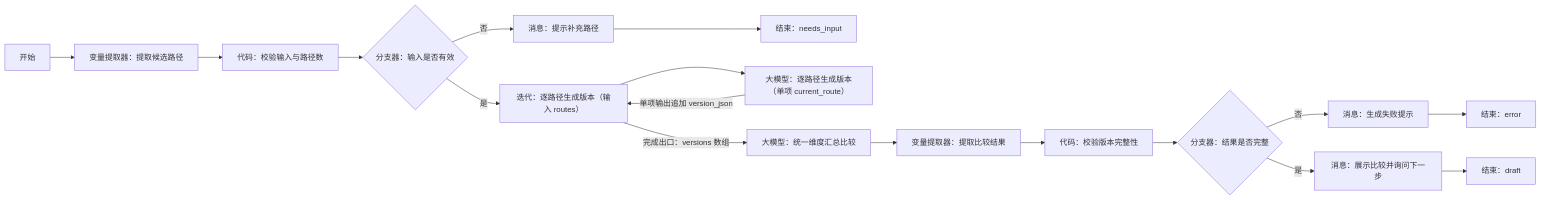
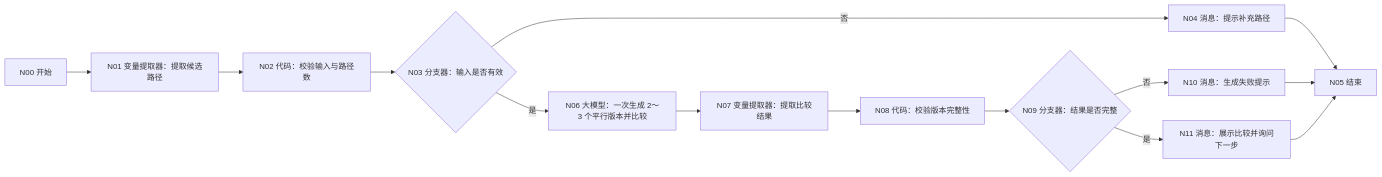
Before and after one commit to caoyue0115/university-life-planning-simulator: the diagram in docs/workflows/WF-05-parallel-lives.md, drawn with Mermaid. The commit also changed other lines of this file and 34 other files, not shown here.

````diff
--- a/docs/workflows/WF-05-parallel-lives.md
+++ b/docs/workflows/WF-05-parallel-lives.md
@@ -26,16 +26,13 @@
 ```mermaid
 flowchart LR
-    A["开始"] --> B["变量提取器：提取候选路径"]
-    B --> C["代码：校验输入与路径数"]
-    C --> D{"分支器：输入是否有效"}
-    D -- "否" --> E["消息：提示补充路径"] --> Z1["结束：needs_input"]
-    D -- "是" --> F["迭代：逐路径生成版本（输入 routes）"]
-    F --> X["大模型：逐路径生成版本（单项 current_route）"]
-    X -- "单项输出追加 version_json" --> F
-    F -- "完成出口：versions 数组" --> G["大模型：统一维度汇总比较"]
-    G --> H["变量提取器：提取比较结果"]
-    H --> I["代码：校验版本完整性"]
-    I --> J{"分支器：结果是否完整"}
-    J -- "否" --> K["消息：生成失败提示"] --> Z2["结束：error"]
-    J -- "是" --> L["消息：展示比较并询问下一步"] --> Z3["结束：draft"]
+    A["N00 开始"] --> B["N01 变量提取器：提取候选路径"]
+    B --> C["N02 代码：校验输入与路径数"]
+    C --> D{"N03 分支器：输入是否有效"}
+    D -- "否" --> E["N04 消息：提示补充路径"] --> Z["N05 结束"]
+    D -- "是" --> G["N06 大模型：一次生成 2～3 个平行版本并比较"]
+    G --> H["N07 变量提取器：提取比较结果"]
+    H --> I["N08 代码：校验版本完整性"]
+    I --> J{"N09 分支器：结果是否完整"}
+    J -- "否" --> K["N10 消息：生成失败提示"] --> Z
+    J -- "是" --> L["N11 消息：展示比较并询问下一步"] --> Z
 ```
````
